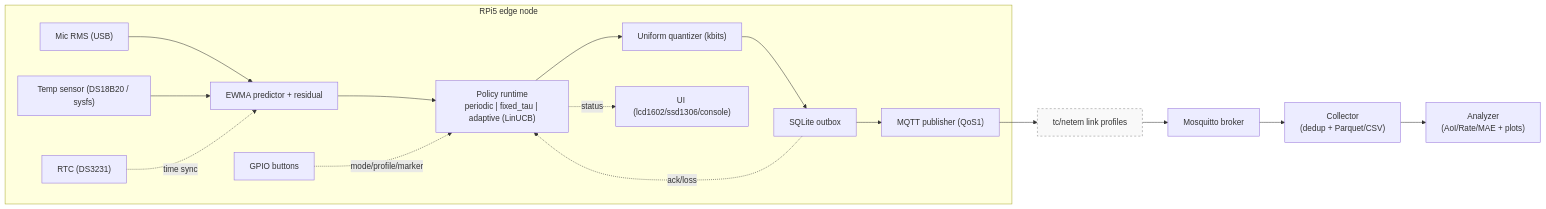
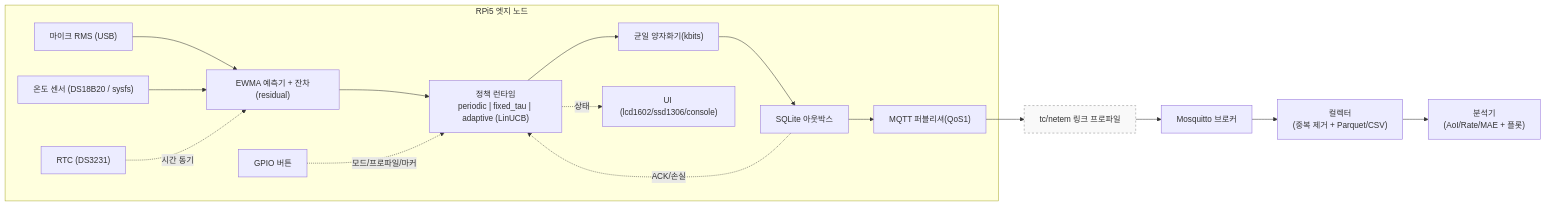
One commit to Hmeon/semantic-uplink-rpi5 changed the first of 2 diagrams in README.md. Above: the diagram before and after it, drawn with Mermaid. The commit also changed other lines of this file and 2 other files, not shown here.

````diff
--- a/README.md
+++ b/README.md
@@ -99,30 +99,30 @@
 ```mermaid
 flowchart LR
-  subgraph Edge["RPi5 edge node"]
-    Mic["Mic RMS (USB)"]
-    Temp["Temp sensor (DS18B20 / sysfs)"]
-    Pred["EWMA predictor + residual"]
-    Policy["Policy runtime\nperiodic | fixed_tau | adaptive (LinUCB)"]
-    Quant["Uniform quantizer (kbits)"]
-    Outbox["SQLite outbox"]
-    Pub["MQTT publisher (QoS1)"]
+  subgraph Edge["RPi5 엣지 노드"]
+    Mic["마이크 RMS (USB)"]
+    Temp["온도 센서 (DS18B20 / sysfs)"]
+    Pred["EWMA 예측기 + 잔차(residual)"]
+    Policy["정책 런타임\nperiodic | fixed_tau | adaptive (LinUCB)"]
+    Quant["균일 양자화기(kbits)"]
+    Outbox["SQLite 아웃박스"]
+    Pub["MQTT 퍼블리셔(QoS1)"]
     UI["UI (lcd1602/ssd1306/console)"]
-    Buttons["GPIO buttons"]
+    Buttons["GPIO 버튼"]
     RTC["RTC (DS3231)"]
     Mic --> Pred
     Temp --> Pred
     Pred --> Policy --> Quant --> Outbox --> Pub
   end
-  Shaper["tc/netem link profiles"]:::opt
-  Broker["Mosquitto broker"]
-  Collector["Collector\n(dedup + Parquet/CSV)"]
-  Analyzer["Analyzer\n(AoI/Rate/MAE + plots)"]
+  Shaper["tc/netem 링크 프로파일"]:::opt
+  Broker["Mosquitto 브로커"]
+  Collector["컬렉터\n(중복 제거 + Parquet/CSV)"]
+  Analyzer["분석기\n(AoI/Rate/MAE + 플롯)"]
 
   Pub --> Shaper --> Broker --> Collector --> Analyzer
-  Outbox -.ack/loss.-> Policy
-  Policy -.status.-> UI
-  Buttons -.mode/profile/marker.-> Policy
-  RTC -.time sync.-> Pred
+  Outbox -.ACK/손실.-> Policy
+  Policy -.상태.-> UI
+  Buttons -.모드/프로파일/마커.-> Policy
+  RTC -.시간 동기.-> Pred
 
   classDef opt fill:#f9f9f9,stroke:#888,stroke-dasharray: 4 4;
 ```
````
